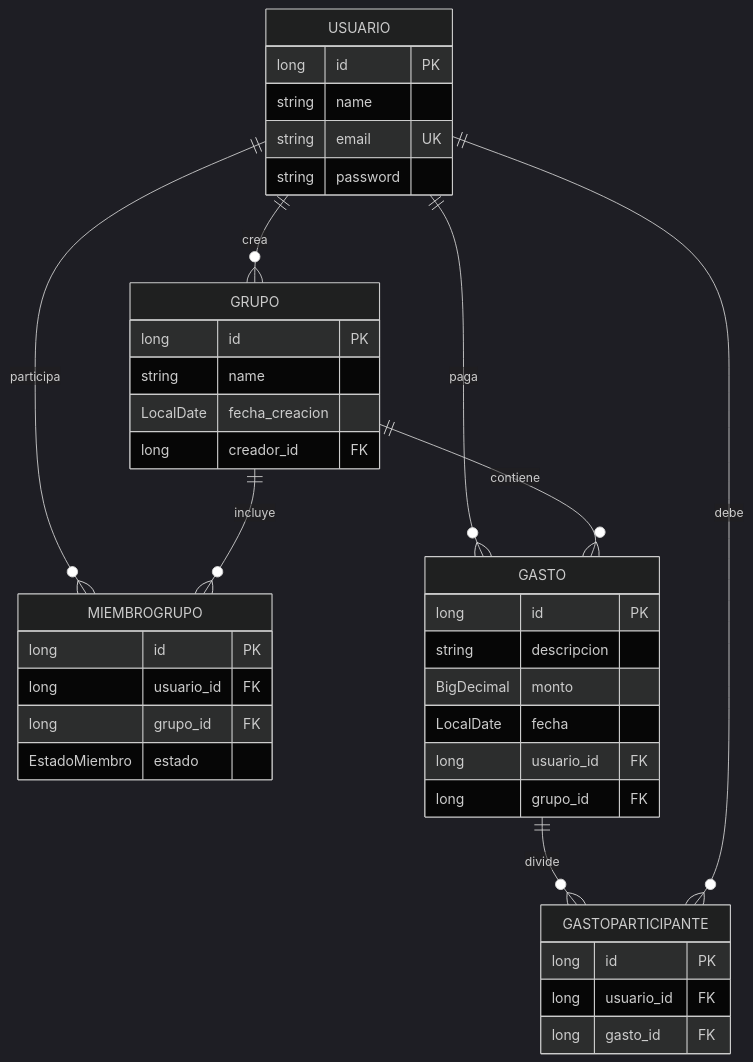
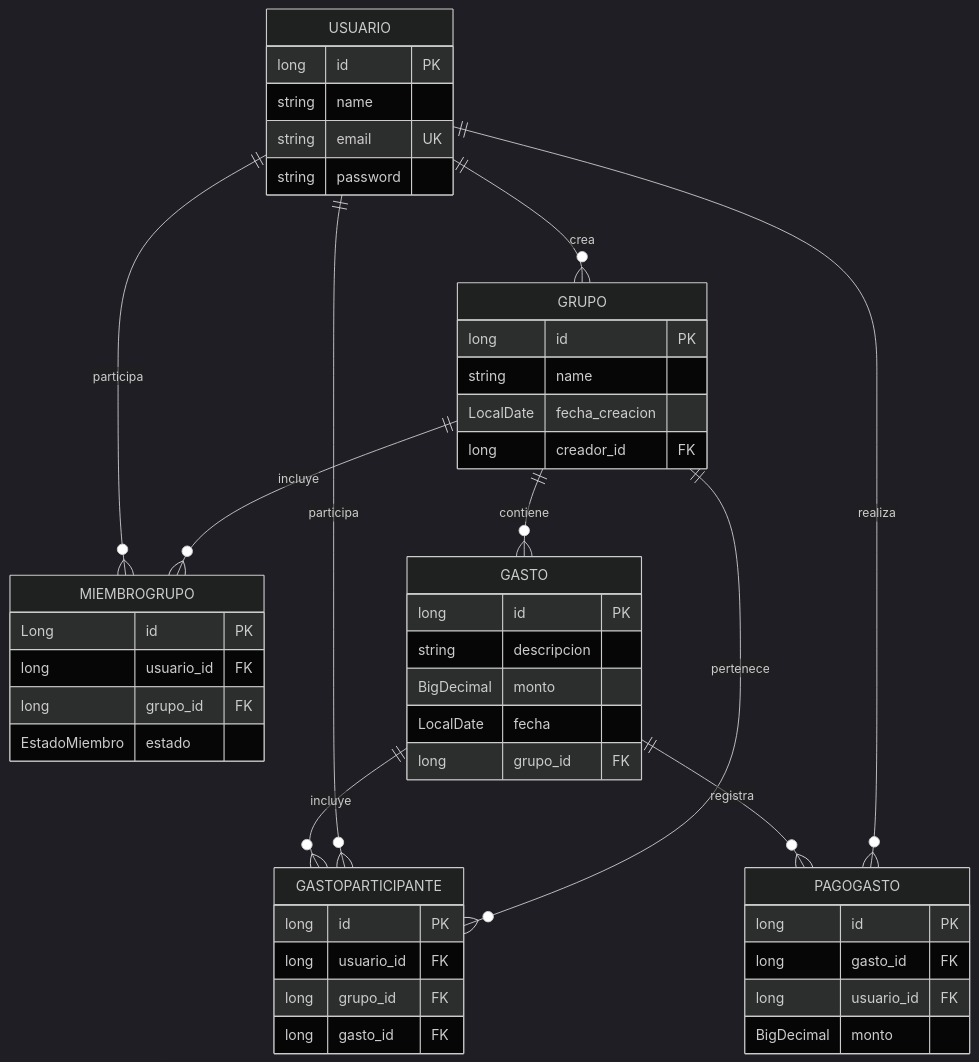
The diagram in docs/DER.md (Viasuss/gestor-gastos-compartidos), drawn with Mermaid (dark theme) before and after one commit. The commit also changed 16 other files, not shown here.

````diff
--- a/docs/DER.md
+++ b/docs/DER.md
@@ -5,47 +5,57 @@
 ```mermaid
 erDiagram
-
     USUARIO ||--o{ GRUPO : crea
     USUARIO ||--o{ MIEMBROGRUPO : participa
     GRUPO ||--o{ MIEMBROGRUPO : incluye
-    USUARIO ||--o{ GASTO : paga
+
     GRUPO ||--o{ GASTO : contiene
-    GASTO ||--o{ GASTOPARTICIPANTE : divide
-    USUARIO ||--o{ GASTOPARTICIPANTE : debe
+    GASTO ||--o{ GASTOPARTICIPANTE : incluye
+    USUARIO ||--o{ GASTOPARTICIPANTE : participa
+    GRUPO ||--o{ GASTOPARTICIPANTE : pertenece
+
+    GASTO ||--o{ PAGOGASTO : registra
+    USUARIO ||--o{ PAGOGASTO : realiza
 
     USUARIO {
         long id PK
         string name
         string email UK
         string password
     }
 
     GRUPO {
         long id PK
         string name
         LocalDate fecha_creacion
         long creador_id FK
     }
 
     MIEMBROGRUPO {
-        long id PK
+        Long id PK
         long usuario_id FK
         long grupo_id FK
         EstadoMiembro estado
     }
 
     GASTO {
         long id PK
         string descripcion
         BigDecimal monto
         LocalDate fecha
-        long usuario_id FK
         long grupo_id FK
     }
 
     GASTOPARTICIPANTE {
         long id PK
         long usuario_id FK
+        long grupo_id FK
         long gasto_id FK
     }
+
+    PAGOGASTO {
+        long id PK
+        long gasto_id FK
+        long usuario_id FK
+        BigDecimal monto
+    }
 ```
````
